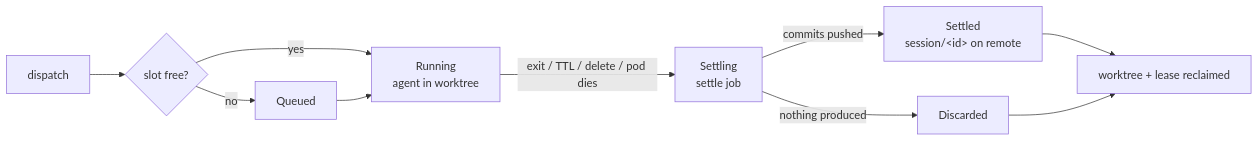
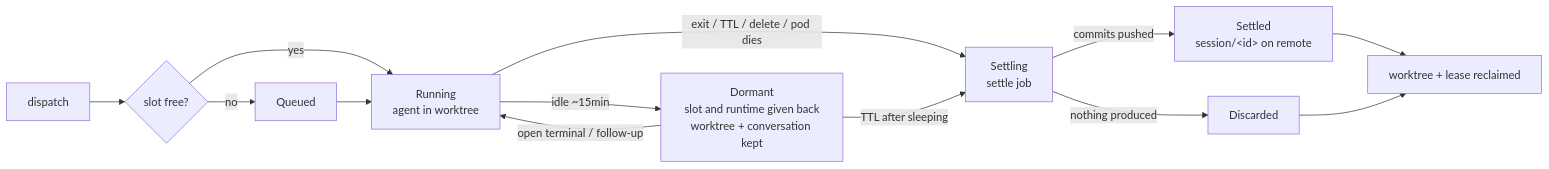
One commit to zippo1908/agentcell changed the third of 4 diagrams in docs/ARCHITECTURE.md. Above: the diagram before and after it, drawn with Mermaid. The commit also changed other lines of this file, not shown here.

First line of the commit message:
ARCHITECTURE.md 追上现实:会话早就不是 pod 了

````diff
--- a/docs/ARCHITECTURE.md
+++ b/docs/ARCHITECTURE.md
@@ -59,11 +78,14 @@
 ```mermaid
 flowchart LR
     D[dispatch] --> Q{slot free?}
     Q -->|no| QU[Queued]
     Q -->|yes| R[Running<br/>agent in worktree]
     QU --> R
+    R -->|"idle ~15min"| DO[Dormant<br/>slot and runtime given back<br/>worktree + conversation kept]
+    DO -->|"open terminal / follow-up"| R
     R -->|exit / TTL / delete / pod dies| SE[Settling<br/>settle job]
     SE -->|commits pushed| OK[Settled<br/>session/&lt;id&gt; on remote]
     SE -->|nothing produced| DI[Discarded]
     OK & DI --> RC[worktree + lease reclaimed]
+    DO -->|"TTL after sleeping"| SE
 ```
````
